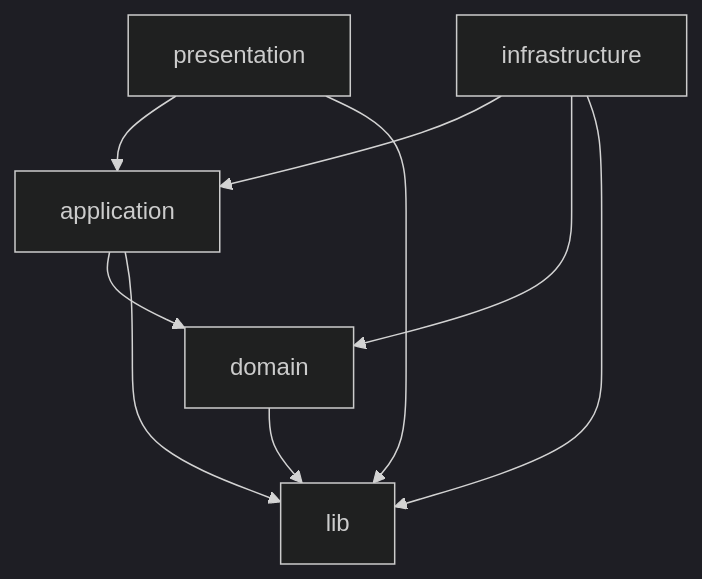
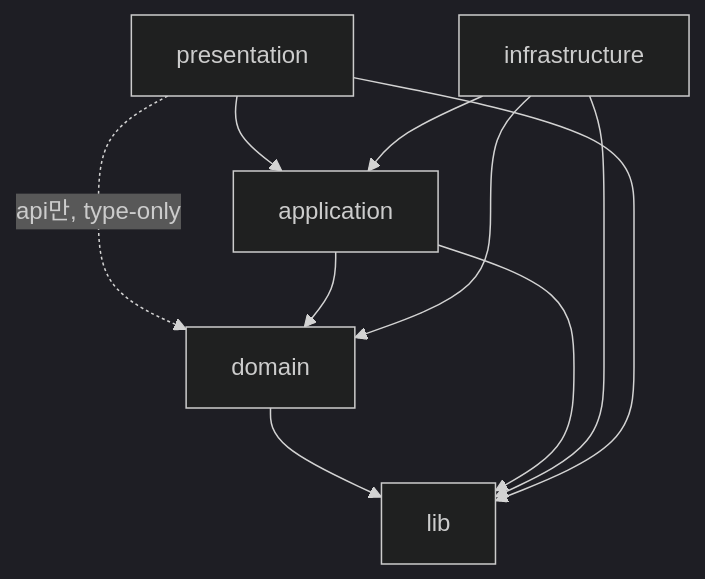
One commit to makeUgreat/nocap changed the diagram in docs/architecture.md. Above: the diagram before and after it, drawn with Mermaid (dark theme). The commit also changed other lines of this file and 26 other files, not shown here.

````diff
--- a/docs/architecture.md
+++ b/docs/architecture.md
@@ -53,11 +67,12 @@
 ```mermaid
 flowchart TD
   presentation --> application
+  presentation -. "api만, type-only" .-> domain
   infrastructure --> application
   application --> domain
   infrastructure --> domain
   domain --> lib
   application --> lib
   infrastructure --> lib
   presentation --> lib
 ```
````
